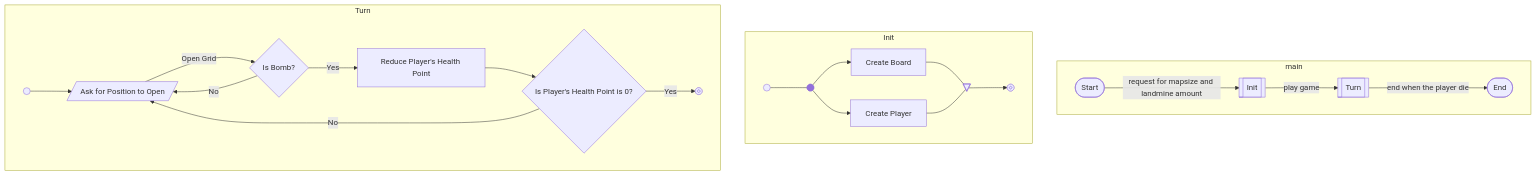
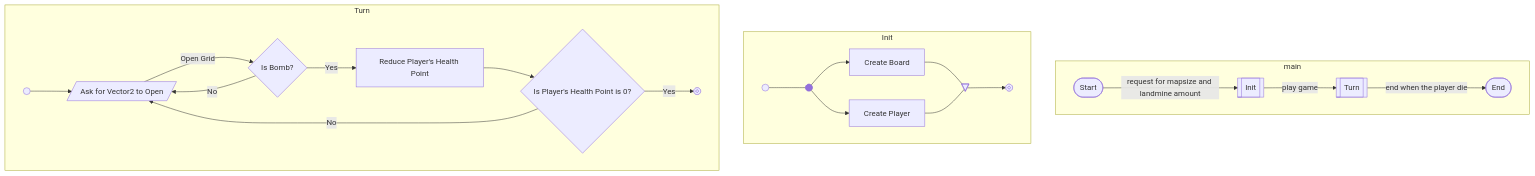
Before and after one commit to kuranne/TUComsci: the diagram in assignments/CS111assignment/hw3w10/escapeFromLandmines/Doc/flowchart.mmd, drawn with Mermaid. The commit also changed 13 other files, not shown here.

Commit message:
Reorder and remake diagram

```diff
--- a/assignments/CS111assignment/hw3w10/escapeFromLandmines/Doc/flowchart.mmd
+++ b/assignments/CS111assignment/hw3w10/escapeFromLandmines/Doc/flowchart.mmd
@@ -1,29 +1,29 @@
 %% Wirakorn Thanabat
 %% 6809617415
 
 flowchart TD
     subgraph main
         B([Start]) -->|request for mapsize and landmine amount| I[[Init]]
         I -->|play game|T[[Turn]]
         T -->|end when the player die| E([End])
     end
 
     subgraph Init
         IA@{ shape: sm-circ, label : Start} --- IJ@{ shape : f-circ, label : "Junction" }
         IJ --> ICB[Create Board]
         IJ --> ICP[Create Player]
         ICB --- IM@{shape: flip-tri, label : " "}
         ICP --- IM
         IM --> IZ@{shape: framed-circle, label : Stop}
     end
 
     subgraph Turn
-        TA@{ shape: sm-circ, label : Start} --> TQ[/Ask for Position to Open/]
+        TA@{ shape: sm-circ, label : Start} --> TQ[/Ask for Vector2 to Open/]
         TQ -->|Open Grid|ISBOM{Is Bomb?}
         ISBOM -->|No| TQ
         ISBOM -->|Yes| RD[Reduce Player's Health Point]
         RD --> ISDOWN{Is Player's Health Point is 0?}
         ISDOWN -->|No| TQ
         ISDOWN --> |Yes| TZ@{shape: framed-circle, label: Stop} 
 
     end
```
